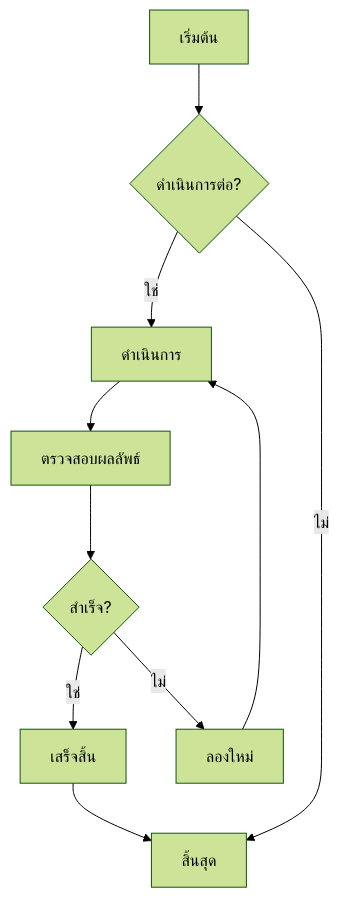
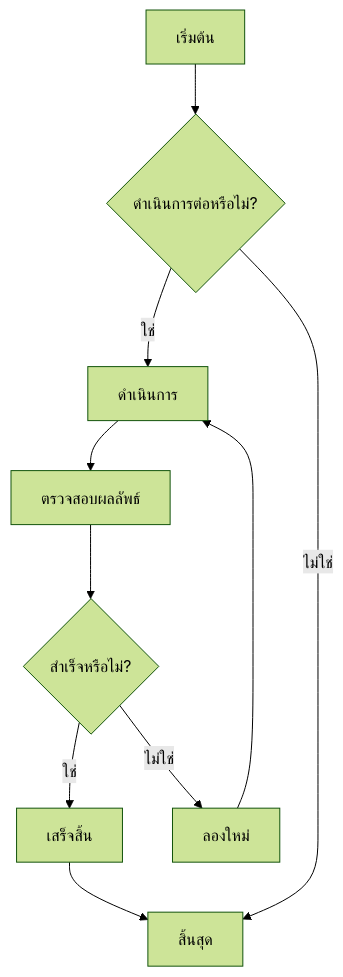
Before and after one commit to zccz14/CZON: the first of 7 diagrams in .czon/src/th-TH/8938d6aac9c056c06137a041b8e82379bfb619bb6d435b9ecec515337dd0cd69.md, drawn with Mermaid (forest theme). The commit also changed other lines of this file and 148 other files, not shown here.

````diff
--- a/.czon/src/th-TH/8938d6aac9c056c06137a041b8e82379bfb619bb6d435b9ecec515337dd0cd69.md
+++ b/.czon/src/th-TH/8938d6aac9c056c06137a041b8e82379bfb619bb6d435b9ecec515337dd0cd69.md
@@ -23,12 +22,12 @@
 ```mermaid
 graph TD
-    A[เริ่มต้น] --> B{ดำเนินการต่อ?}
+    A[เริ่มต้น] --> B{ดำเนินการต่อหรือไม่?}
     B -->|ใช่| C[ดำเนินการ]
-    B -->|ไม่| D[สิ้นสุด]
+    B -->|ไม่ใช่| D[สิ้นสุด]
     C --> E[ตรวจสอบผลลัพธ์]
-    E --> F{สำเร็จ?}
+    E --> F{สำเร็จหรือไม่?}
     F -->|ใช่| G[เสร็จสิ้น]
-    F -->|ไม่| H[ลองใหม่]
+    F -->|ไม่ใช่| H[ลองใหม่]
     H --> C
     G --> D
 ```
````
